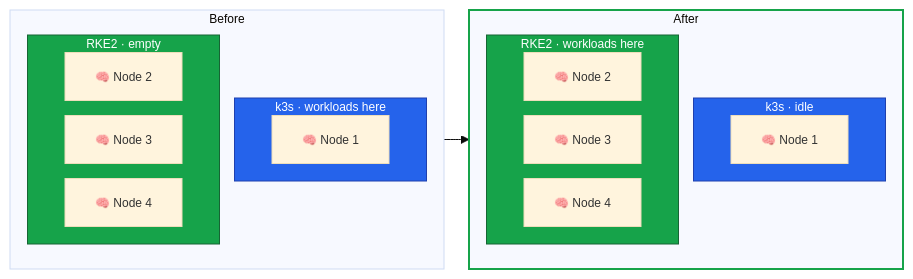
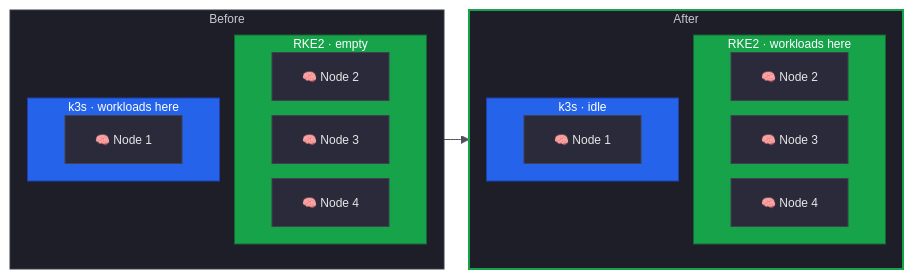
One commit to philprime/philprime.dev changed the fourth of 5 diagrams in guides/migrating-k3s-to-rke2/lesson-1.md. Above: the diagram before and after it, drawn with Mermaid. The commit also changed other lines of this file and 16 other files, not shown here.

````diff
--- a/guides/migrating-k3s-to-rke2/lesson-1.md
+++ b/guides/migrating-k3s-to-rke2/lesson-1.md
@@ -188,36 +189,36 @@
 ```mermaid!
-%%{init: {"theme": "base", "flowchart": {"nodeSpacing": 15, "rankSpacing": 25}, "themeVariables": {"fontSize": "12px"}}}%%
+%%{init: {"theme": "base", "flowchart": {"nodeSpacing": 15, "rankSpacing": 25}, "themeVariables": {"fontSize": "12px", "background": "#181818", "textColor": "#c8c8d0", "lineColor": "#505060", "primaryColor": "#2a2a3a", "primaryTextColor": "#e6e6e6", "primaryBorderColor": "#404050", "clusterBkg": "#1e1e28", "clusterBorder": "#3a3a4a", "edgeLabelBackground": "#1e1e28", "titleColor": "#c8c8d0"}}}%%
 flowchart LR
 classDef clusterA fill:#2563eb,color:#ffffff,stroke:#1e40af
 classDef clusterB fill:#16a34a,color:#ffffff,stroke:#166534
 classDef success stroke:#16a34a,stroke-width:2px
 
 subgraph before["Before"]
   direction TB
-  subgraph bA["k3s · workloads here"]
-    bA1["🧠 Node 1"]
-  end
   subgraph bB["RKE2 · empty"]
     bB2["🧠 Node 2"]
     bB3["🧠 Node 3"]
     bB4["🧠 Node 4"]
   end
+  subgraph bA["k3s · workloads here"]
+    bA1["🧠 Node 1"]
+  end
 end
 
 subgraph after["After"]
   direction TB
-  subgraph aA["k3s · idle"]
-    aA1["🧠 Node 1"]
-  end
   subgraph aB["RKE2 · workloads here"]
     aB2["🧠 Node 2"]
     aB3["🧠 Node 3"]
     aB4["🧠 Node 4"]
+  end
+  subgraph aA["k3s · idle"]
+    aA1["🧠 Node 1"]
   end
 end
 
 before --> after
 class bA,aA clusterA
 class bB,aB clusterB
 class after success
 ```
````
